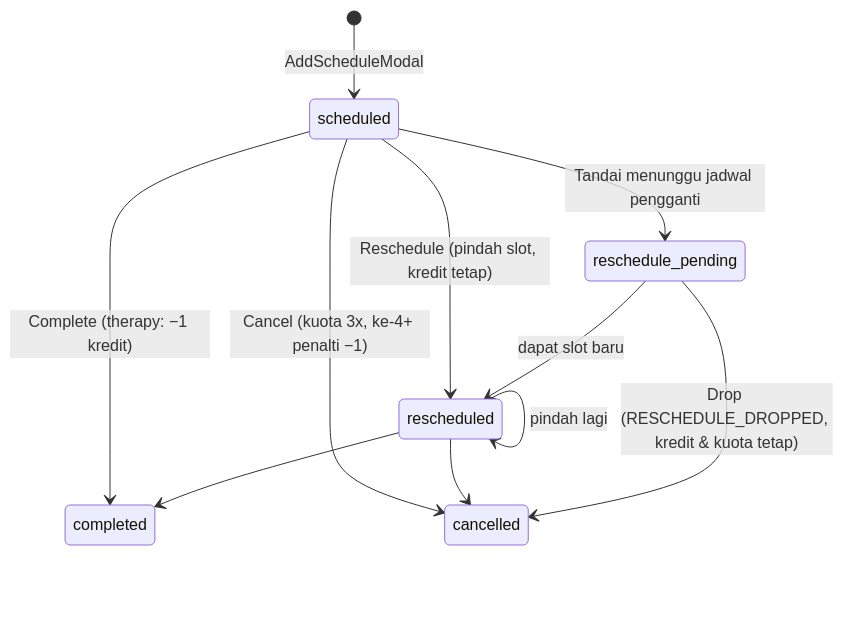
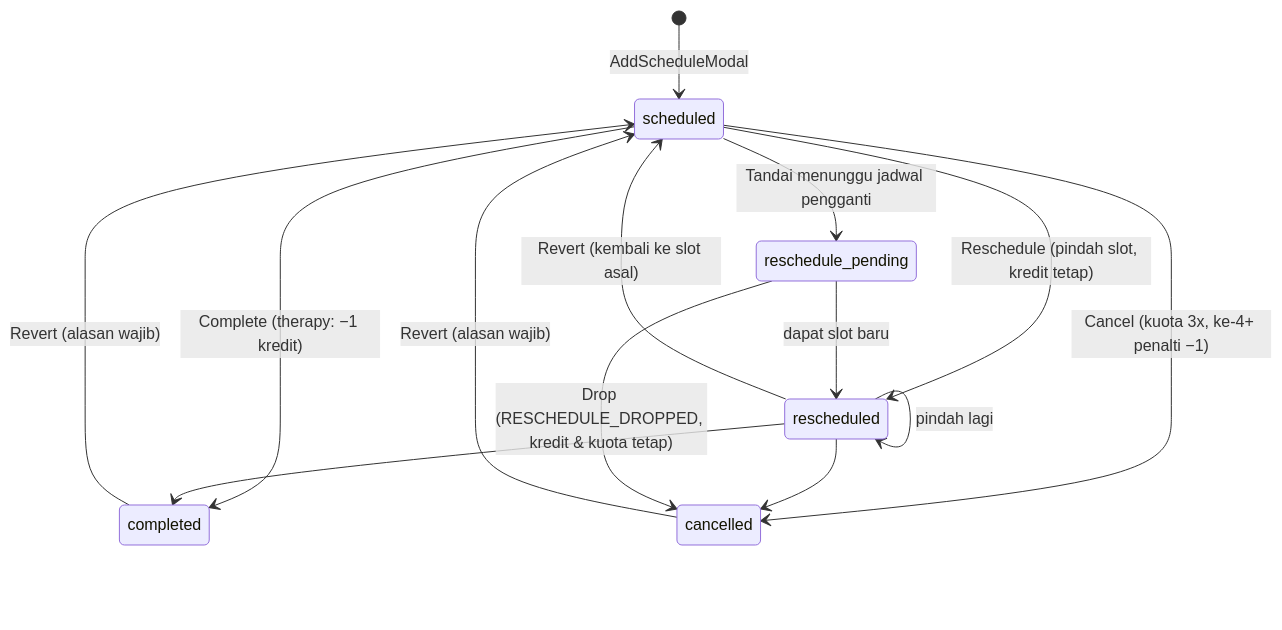
Before and after one commit to Iksan273/Therapedia: the diagram in docs/guide/05-flow-schedule-credit.md, drawn with Mermaid. The commit also changed other lines of this file and 293 other files, not shown here.

Commit message:
update alur dan schema

````diff
--- a/docs/guide/05-flow-schedule-credit.md
+++ b/docs/guide/05-flow-schedule-credit.md
@@ -9,13 +9,16 @@
 ```mermaid
 stateDiagram-v2
   [*] --> scheduled: AddScheduleModal
   scheduled --> completed: Complete (therapy: −1 kredit)
   scheduled --> cancelled: Cancel (kuota 3x, ke-4+ penalti −1)
   scheduled --> rescheduled: Reschedule (pindah slot, kredit tetap)
   scheduled --> reschedule_pending: Tandai menunggu jadwal pengganti
   rescheduled --> completed
   rescheduled --> cancelled
   rescheduled --> rescheduled: pindah lagi
+  completed --> scheduled: Revert (alasan wajib)
+  cancelled --> scheduled: Revert (alasan wajib)
+  rescheduled --> scheduled: Revert (kembali ke slot asal)
   reschedule_pending --> rescheduled: dapat slot baru
   reschedule_pending --> cancelled: Drop (RESCHEDULE_DROPPED, kredit & kuota tetap)
 ```
````
